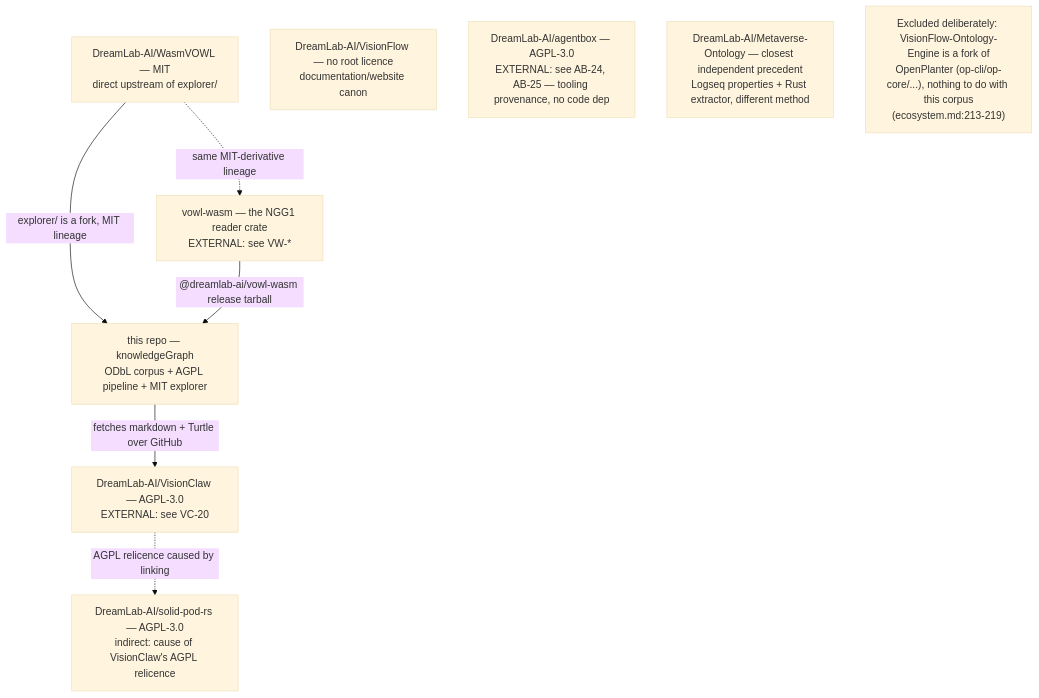
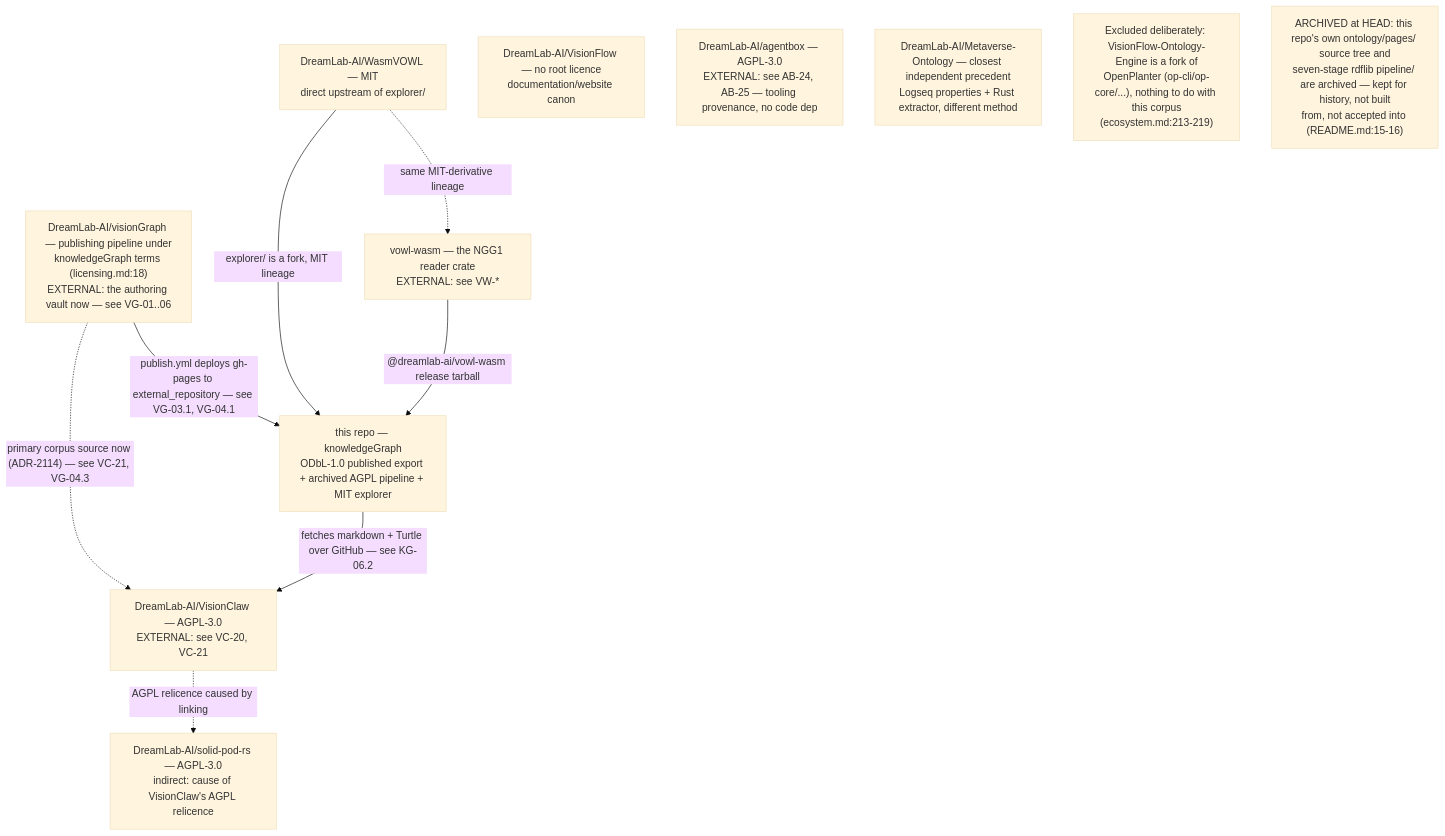
Before and after one commit to DreamLab-AI/VisionFlow: the first of 3 diagrams in docs/diagrams/knowledgegraph/06-consumers-and-integration.md, drawn with Mermaid (base theme). The commit also changed other lines of this file and 136 other files, not shown here.

First line of the commit message:
docs(diagrams): refresh the whole corpus to code HEAD and prune low-value diagrams

````diff
--- a/docs/diagrams/knowledgegraph/06-consumers-and-integration.md
+++ b/docs/diagrams/knowledgegraph/06-consumers-and-integration.md
@@ -19,17 +19,21 @@
 ```mermaid
 flowchart TB
-    KG["this repo — knowledgeGraph<br/>ODbL corpus + AGPL pipeline + MIT explorer"]
-    VC["DreamLab-AI/VisionClaw — AGPL-3.0<br/>EXTERNAL: see VC-20"]
+    VG["DreamLab-AI/visionGraph — publishing pipeline under<br/>knowledgeGraph terms #40;licensing.md:18#41;<br/>EXTERNAL: the authoring vault now — see VG-01..06"]
+    KG["this repo — knowledgeGraph<br/>ODbL-1.0 published export + archived AGPL pipeline + MIT explorer"]
+    VC["DreamLab-AI/VisionClaw — AGPL-3.0<br/>EXTERNAL: see VC-20, VC-21"]
     WV["DreamLab-AI/WasmVOWL — MIT<br/>direct upstream of explorer/"]
     VW["vowl-wasm — the NGG1 reader crate<br/>EXTERNAL: see VW-*"]
     VF["DreamLab-AI/VisionFlow — no root licence<br/>documentation/website canon"]
     AB["DreamLab-AI/agentbox — AGPL-3.0<br/>EXTERNAL: see AB-24, AB-25 — tooling provenance, no code dep"]
     MO["DreamLab-AI/Metaverse-Ontology — closest independent precedent<br/>Logseq properties + Rust extractor, different method"]
     SPR["DreamLab-AI/solid-pod-rs — AGPL-3.0<br/>indirect: cause of VisionClaw's AGPL relicence"]
-    KG -->|"fetches markdown + Turtle over GitHub"| VC
+    VG -->|"publish.yml deploys gh-pages to external_repository — see VG-03.1, VG-04.1"| KG
+    VG -.->|"primary corpus source now #40;ADR-2114#41; — see VC-21, VG-04.3"| VC
+    KG -->|"fetches markdown + Turtle over GitHub — see KG-06.2"| VC
     WV -->|"explorer/ is a fork, MIT lineage"| KG
     WV -.->|"same MIT-derivative lineage"| VW
     VW -->|"@dreamlab-ai/vowl-wasm release tarball"| KG
     VC -.->|"AGPL relicence caused by linking"| SPR
     note1["Excluded deliberately: VisionFlow-Ontology-Engine is a fork of<br/>OpenPlanter #40;op-cli/op-core/...#41;, nothing to do with this corpus<br/>#40;ecosystem.md:213-219#41;"]
+    note2["ARCHIVED at HEAD: this repo's own ontology/pages/ source tree and<br/>seven-stage rdflib pipeline/ are archived — kept for history, not built<br/>from, not accepted into #40;README.md:15-16#41;"]
 ```
````
